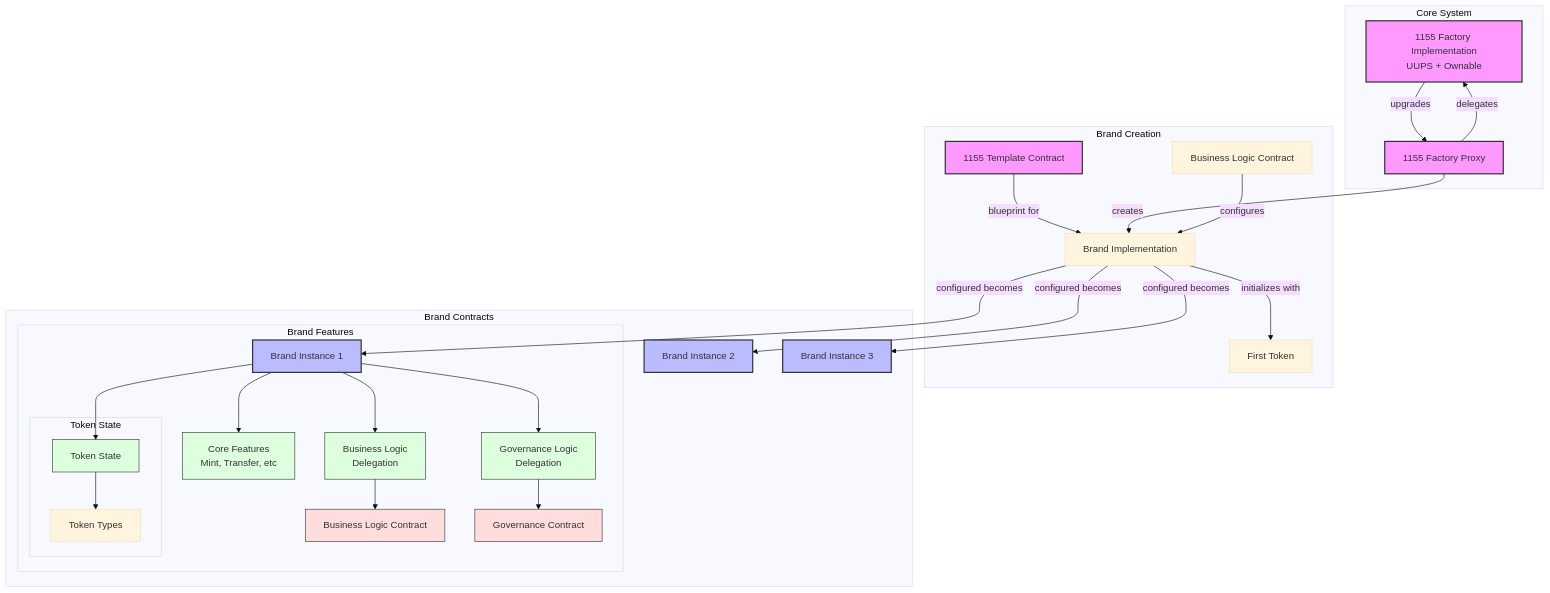
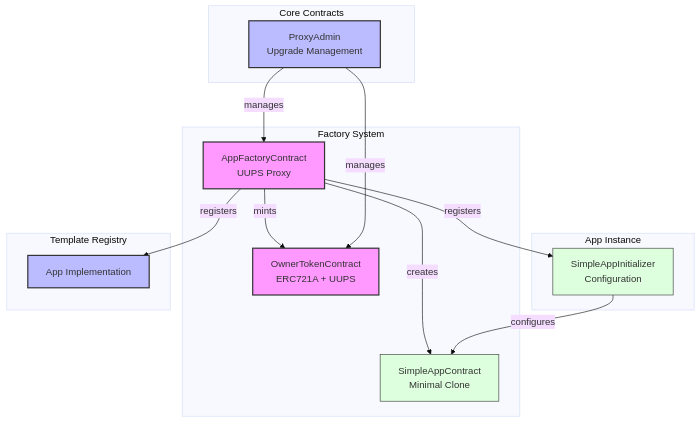
One commit to the-dusky/ddp-docs changed the first of 2 diagrams in src/contracts/architecture.md. Above: the diagram before and after it, drawn with Mermaid (base theme). The commit also changed other lines of this file and 13 other files, not shown here.

````diff
--- a/src/contracts/architecture.md
+++ b/src/contracts/architecture.md
@@ -7,44 +15,35 @@
 ```mermaid
 graph TB
-    subgraph Core System
-        FactoryImpl[1155 Factory Implementation<br/>UUPS + Ownable]-->|upgrades|FactoryProxy[1155 Factory Proxy];
-        FactoryProxy-->|delegates|FactoryImpl;
+    subgraph Factory System
+        AppFactory[AppFactoryContract<br/>UUPS Proxy]-->|creates|AppInstance
+        AppFactory-->|mints|OwnerToken
     end
 
-    subgraph Brand Creation
-        Template[1155 Template Contract]-->|blueprint for|BrandImpl[Brand Implementation];
-        FactoryProxy-->|creates|BrandImpl;
-        BusinessLogic[Business Logic Contract]-->|configures|BrandImpl;
-        BrandImpl-->|initializes with|FirstToken[First Token];
+    subgraph Core Contracts
+        OwnerToken[OwnerTokenContract<br/>ERC721A + UUPS]
+        ProxyAdmin[ProxyAdmin<br/>Upgrade Management]
+        
+        ProxyAdmin-->|manages|AppFactory
+        ProxyAdmin-->|manages|OwnerToken
     end
 
-    subgraph Brand Contracts
-        BrandImpl-->|configured becomes|Brand1[Brand Instance 1];
-        BrandImpl-->|configured becomes|Brand2[Brand Instance 2];
-        BrandImpl-->|configured becomes|Brand3[Brand Instance 3];
-
-        subgraph Brand Features
-            Brand1-->CoreFeatures1[Core Features<br/>Mint, Transfer, etc];
-            Brand1-->BusinessLogic1[Business Logic<br/>Delegation];
-            Brand1-->GovernanceLogic1[Governance Logic<br/>Delegation];
-            Brand1-->State1[Token State];
-
-            BusinessLogic1-->BusinessContract[Business Logic Contract];
-            GovernanceLogic1-->GovernanceContract[Governance Contract];
-
-            subgraph Token State
-                State1-->TokenTypes1[Token Types];
-            end
-        end
+    subgraph App Instance
+        AppInstance[SimpleAppContract<br/>Minimal Clone]
+        AppInitializer[SimpleAppInitializer<br/>Configuration]
+        
+        AppInitializer-->|configures|AppInstance
     end
 
-    classDef core fill:#f9f,stroke:#333,stroke-width:2px;
-    classDef brand fill:#bbf,stroke:#333,stroke-width:2px;
-    classDef feature fill:#dfd,stroke:#333,stroke-width:1px;
-    classDef contract fill:#fdd,stroke:#333,stroke-width:1px;
+    subgraph Template Registry
+        AppFactory-->|registers|AppTemplate[App Implementation]
+        AppFactory-->|registers|AppInitializer
+    end
 
-    class ProxyAdmin,FactoryImpl,FactoryProxy,Template core;
-    class Brand1,Brand2,Brand3 brand;
-    class CoreFeatures1,BusinessLogic1,GovernanceLogic1,State1 feature;
-    class BusinessContract,GovernanceContract contract;
+    classDef proxy fill:#f9f,stroke:#333,stroke-width:2px
+    classDef core fill:#bbf,stroke:#333,stroke-width:2px
+    classDef instance fill:#dfd,stroke:#333,stroke-width:1px
+
+    class AppFactory,OwnerToken proxy
+    class ProxyAdmin,AppTemplate core
+    class AppInstance,AppInitializer instance
 ```
````
